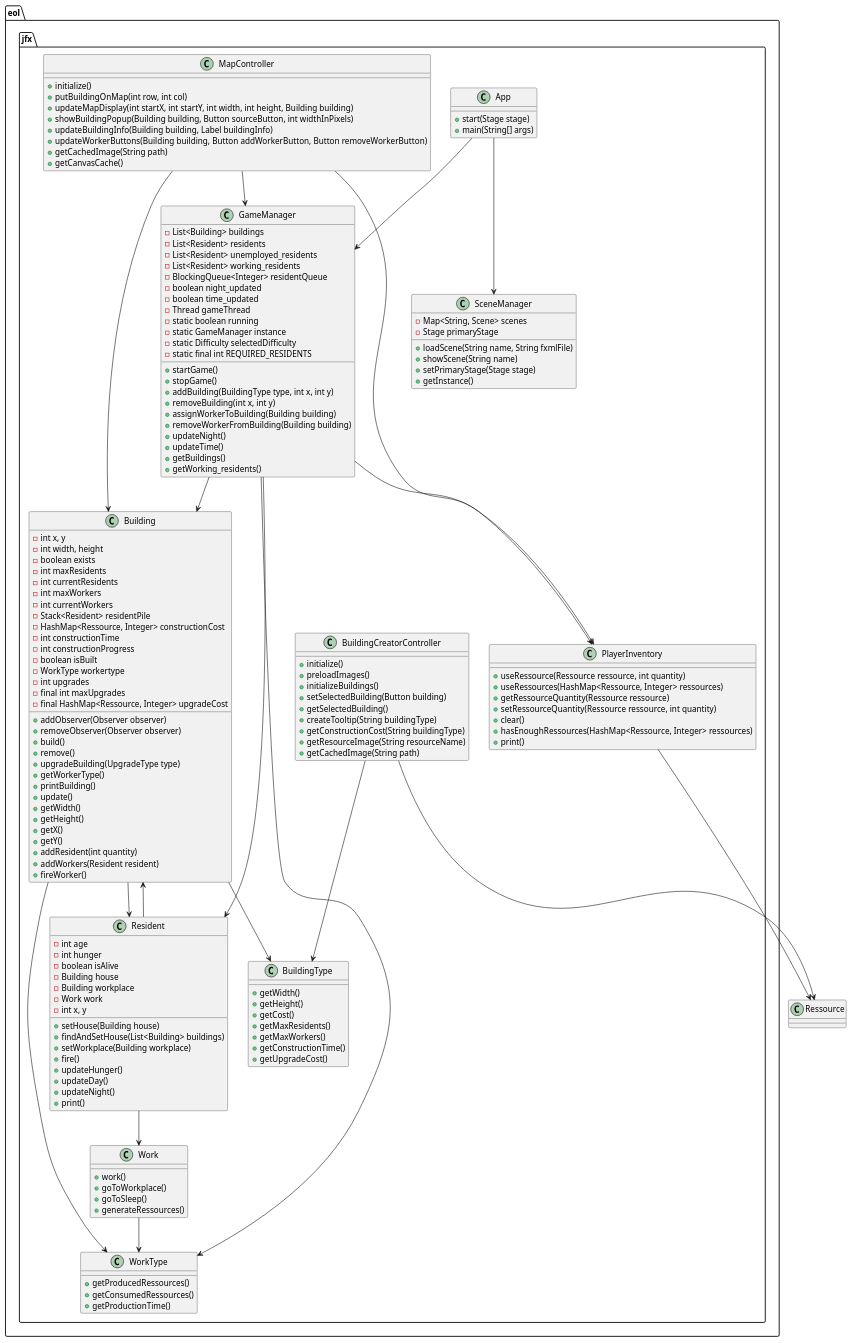
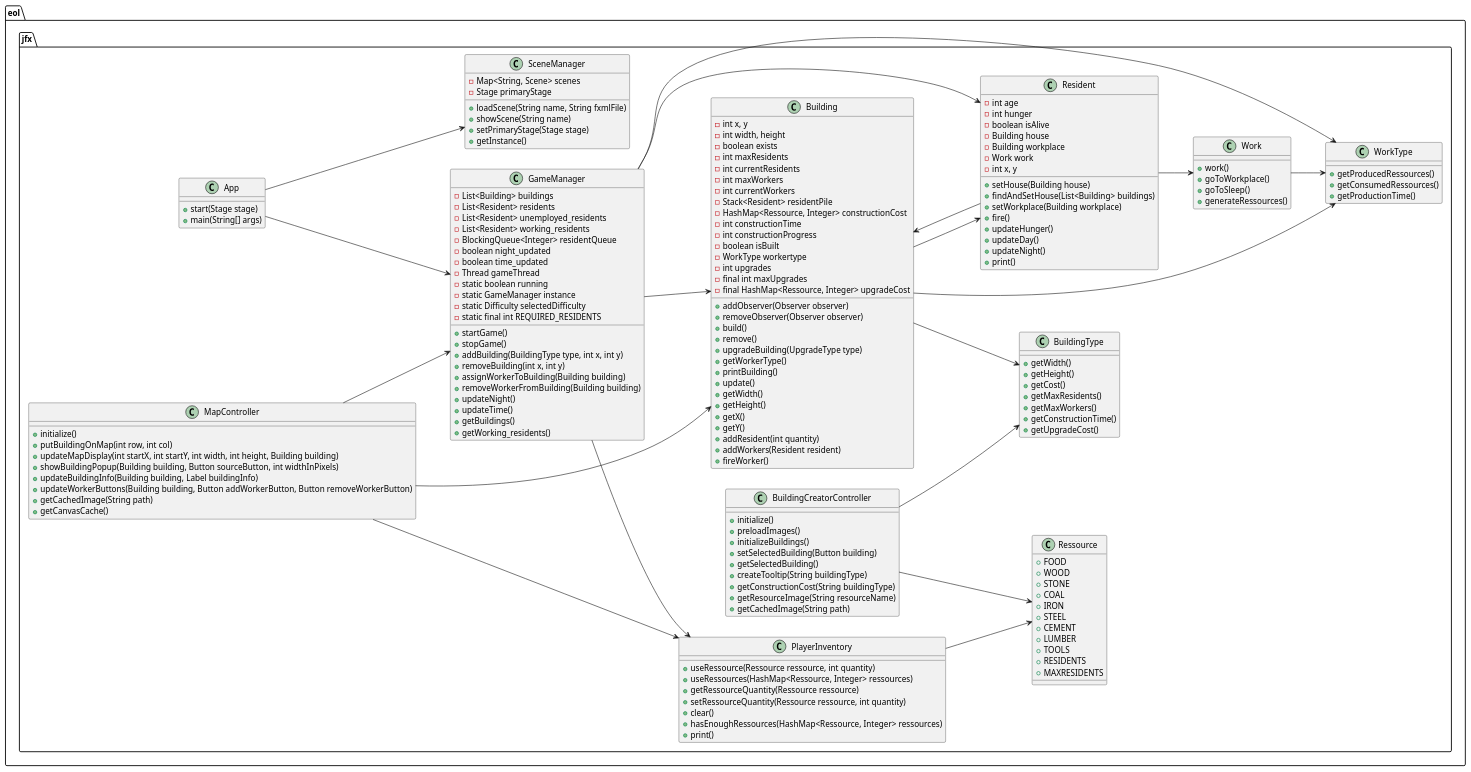
One commit to Roirtur/EmpireOfLionel changed the diagram in eol/diagram.puml. Above: the diagram before and after it, drawn with PlantUML. The commit also changed 1 other file, not shown here.

Commit message:
diagram ressource class moved on eol/jfx

```diff
--- a/eol/diagram.puml
+++ b/eol/diagram.puml
@@ -1,171 +1,187 @@
 @startuml
 
 package eol.jfx {
     class App {
         +start(Stage stage)
         +main(String[] args)
     }
 
     class SceneManager {
         -Map<String, Scene> scenes
         -Stage primaryStage
         +loadScene(String name, String fxmlFile)
         +showScene(String name)
         +setPrimaryStage(Stage stage)
         +getInstance()
     }
 
     class GameManager {
         -List<Building> buildings
         -List<Resident> residents
         -List<Resident> unemployed_residents
         -List<Resident> working_residents
         -BlockingQueue<Integer> residentQueue
         -boolean night_updated
         -boolean time_updated
         -Thread gameThread
         -static boolean running
         -static GameManager instance
         -static Difficulty selectedDifficulty
         -static final int REQUIRED_RESIDENTS
         +startGame()
         +stopGame()
         +addBuilding(BuildingType type, int x, int y)
         +removeBuilding(int x, int y)
         +assignWorkerToBuilding(Building building)
         +removeWorkerFromBuilding(Building building)
         +updateNight()
         +updateTime()
         +getBuildings()
         +getWorking_residents()
     }
 
     class Building {
         -int x, y
         -int width, height
         -boolean exists
         -int maxResidents
         -int currentResidents
         -int maxWorkers
         -int currentWorkers
         -Stack<Resident> residentPile
         -HashMap<Ressource, Integer> constructionCost
         -int constructionTime
         -int constructionProgress
         -boolean isBuilt
         -WorkType workertype
         -int upgrades
         -final int maxUpgrades
         -final HashMap<Ressource, Integer> upgradeCost
         +addObserver(Observer observer)
         +removeObserver(Observer observer)
         +build()
         +remove()
         +upgradeBuilding(UpgradeType type)
         +getWorkerType()
         +printBuilding()
         +update()
         +getWidth()
         +getHeight()
         +getX()
         +getY()
         +addResident(int quantity)
         +addWorkers(Resident resident)
         +fireWorker()
     }
 
     class BuildingType {
         +getWidth()
         +getHeight()
         +getCost()
         +getMaxResidents()
         +getMaxWorkers()
         +getConstructionTime()
         +getUpgradeCost()
     }
 
     class WorkType {
         +getProducedRessources()
         +getConsumedRessources()
         +getProductionTime()
     }
 
     class Resident {
         -int age
         -int hunger
         -boolean isAlive
         -Building house
         -Building workplace
         -Work work
         -int x, y
         +setHouse(Building house)
         +findAndSetHouse(List<Building> buildings)
         +setWorkplace(Building workplace)
         +fire()
         +updateHunger()
         +updateDay()
         +updateNight()
         +print()
     }
 
     class Work {
         +work()
         +goToWorkplace()
         +goToSleep()
         +generateRessources()
     }
 
     class PlayerInventory {
         +useRessource(Ressource ressource, int quantity)
         +useRessources(HashMap<Ressource, Integer> ressources)
         +getRessourceQuantity(Ressource ressource)
         +setRessourceQuantity(Ressource ressource, int quantity)
         +clear()
         +hasEnoughRessources(HashMap<Ressource, Integer> ressources)
         +print()
     }
 
     class MapController {
         +initialize()
         +putBuildingOnMap(int row, int col)
         +updateMapDisplay(int startX, int startY, int width, int height, Building building)
         +showBuildingPopup(Building building, Button sourceButton, int widthInPixels)
         +updateBuildingInfo(Building building, Label buildingInfo)
         +updateWorkerButtons(Building building, Button addWorkerButton, Button removeWorkerButton)
         +getCachedImage(String path)
         +getCanvasCache()
     }
 
     class BuildingCreatorController {
         +initialize()
         +preloadImages()
         +initializeBuildings()
         +setSelectedBuilding(Button building)
         +getSelectedBuilding()
         +createTooltip(String buildingType)
         +getConstructionCost(String buildingType)
         +getResourceImage(String resourceName)
         +getCachedImage(String path)
     }
+
+    class Ressource {
+        +FOOD
+        +WOOD
+        +STONE
+        +COAL
+        +IRON
+        +STEEL
+        +CEMENT
+        +LUMBER
+        +TOOLS
+        +RESIDENTS
+        +MAXRESIDENTS
+    }
 }
 
 App --> SceneManager
 App --> GameManager
 GameManager --> Building
 GameManager --> Resident
 GameManager --> WorkType
 GameManager --> PlayerInventory
 Building --> BuildingType
 Building --> WorkType
 Building --> Resident
 Resident --> Building
 Resident --> Work
 Work --> WorkType
 PlayerInventory --> Ressource
 MapController --> Building
 MapController --> GameManager
 MapController --> PlayerInventory
 BuildingCreatorController --> BuildingType
 BuildingCreatorController --> Ressource
 
+left to right direction
+
 @enduml
```
